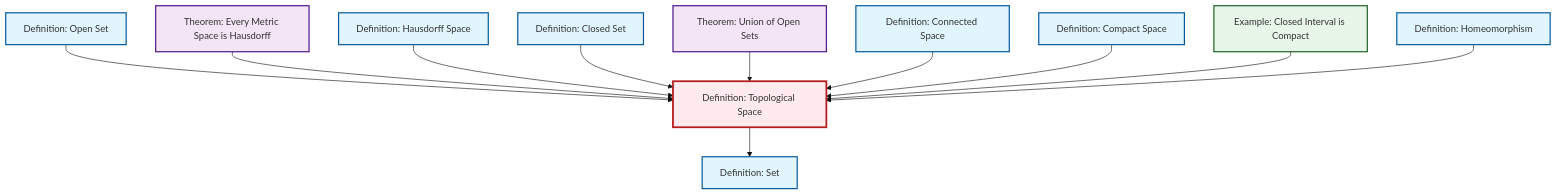
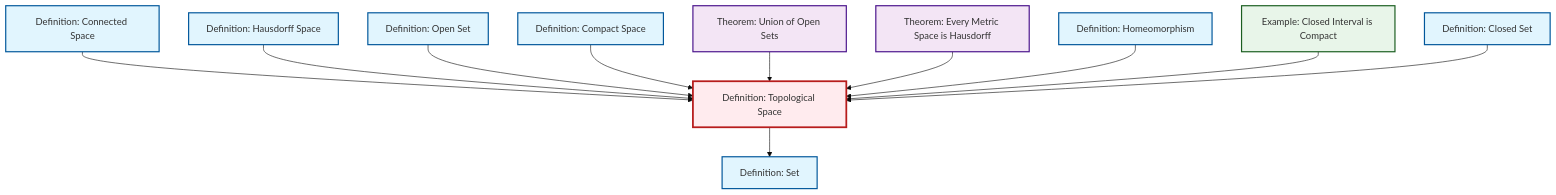
One commit to RK0429/ModernMath changed the diagram in content/en/topology/def-topological-space.qmd. Above: the diagram before and after it, drawn with Mermaid (base theme). The commit also changed other lines of this file and 597 other files, not shown here.

````diff
--- a/content/en/topology/def-topological-space.qmd
+++ b/content/en/topology/def-topological-space.qmd
@@ -59,41 +59,41 @@
 ```{mermaid}
 %%| fig-cap: "Local dependency graph"
 graph TD
     classDef definition fill:#e1f5fe,stroke:#01579b,stroke-width:2px
     classDef theorem fill:#f3e5f5,stroke:#4a148c,stroke-width:2px
     classDef axiom fill:#fff3e0,stroke:#e65100,stroke-width:2px
     classDef example fill:#e8f5e9,stroke:#1b5e20,stroke-width:2px
     classDef current fill:#ffebee,stroke:#b71c1c,stroke-width:3px
-    def-connected["Definition: Connected Space"]:::definition
     def-compact["Definition: Compact Space"]:::definition
+    thm-union-open-sets["Theorem: Union of Open Sets"]:::theorem
     def-closed-set["Definition: Closed Set"]:::definition
+    thm-metric-hausdorff["Theorem: Every Metric Space is Hausdorff"]:::theorem
     def-hausdorff["Definition: Hausdorff Space"]:::definition
-    def-open-set["Definition: Open Set"]:::definition
-    thm-metric-hausdorff["Theorem: Every Metric Space is Hausdorff"]:::theorem
-    thm-union-open-sets["Theorem: Union of Open Sets"]:::theorem
-    ex-closed-interval-compact["Example: Closed Interval is Compact"]:::example
+    def-set["Definition: Set"]:::definition
     def-topological-space["Definition: Topological Space"]:::definition
     def-homeomorphism["Definition: Homeomorphism"]:::definition
-    def-set["Definition: Set"]:::definition
+    def-connected["Definition: Connected Space"]:::definition
+    def-open-set["Definition: Open Set"]:::definition
+    ex-closed-interval-compact["Example: Closed Interval is Compact"]:::example
+    def-connected --> def-topological-space
+    def-hausdorff --> def-topological-space
     def-open-set --> def-topological-space
+    def-compact --> def-topological-space
+    thm-union-open-sets --> def-topological-space
     thm-metric-hausdorff --> def-topological-space
-    def-hausdorff --> def-topological-space
+    def-topological-space --> def-set
+    def-homeomorphism --> def-topological-space
+    ex-closed-interval-compact --> def-topological-space
     def-closed-set --> def-topological-space
-    thm-union-open-sets --> def-topological-space
-    def-topological-space --> def-set
-    def-connected --> def-topological-space
-    def-compact --> def-topological-space
-    ex-closed-interval-compact --> def-topological-space
-    def-homeomorphism --> def-topological-space
     class def-topological-space current
+    click def-compact "def-compact.html" "Go to Compact Space definition"
+    click thm-union-open-sets "thm-union-open-sets.html" "Go to Union of Open Sets theorem"
+    click def-closed-set "def-closed-set.html" "Go to Closed Set definition"
+    click thm-metric-hausdorff "thm-metric-hausdorff.html" "Go to Every Metric Space is Hausdorff theorem"
+    click def-hausdorff "def-hausdorff.html" "Go to Hausdorff Space definition"
+    click def-set "def-set.html" "Go to Set definition"
+    click def-homeomorphism "def-homeomorphism.html" "Go to Homeomorphism definition"
     click def-connected "def-connected.html" "Go to Connected Space definition"
-    click def-compact "def-compact.html" "Go to Compact Space definition"
-    click def-closed-set "def-closed-set.html" "Go to Closed Set definition"
-    click def-hausdorff "def-hausdorff.html" "Go to Hausdorff Space definition"
     click def-open-set "def-open-set.html" "Go to Open Set definition"
-    click thm-metric-hausdorff "thm-metric-hausdorff.html" "Go to Every Metric Space is Hausdorff theorem"
-    click thm-union-open-sets "thm-union-open-sets.html" "Go to Union of Open Sets theorem"
     click ex-closed-interval-compact "ex-closed-interval-compact.html" "Go to Closed Interval is Compact example"
-    click def-homeomorphism "def-homeomorphism.html" "Go to Homeomorphism definition"
-    click def-set "def-set.html" "Go to Set definition"
 ```
````
